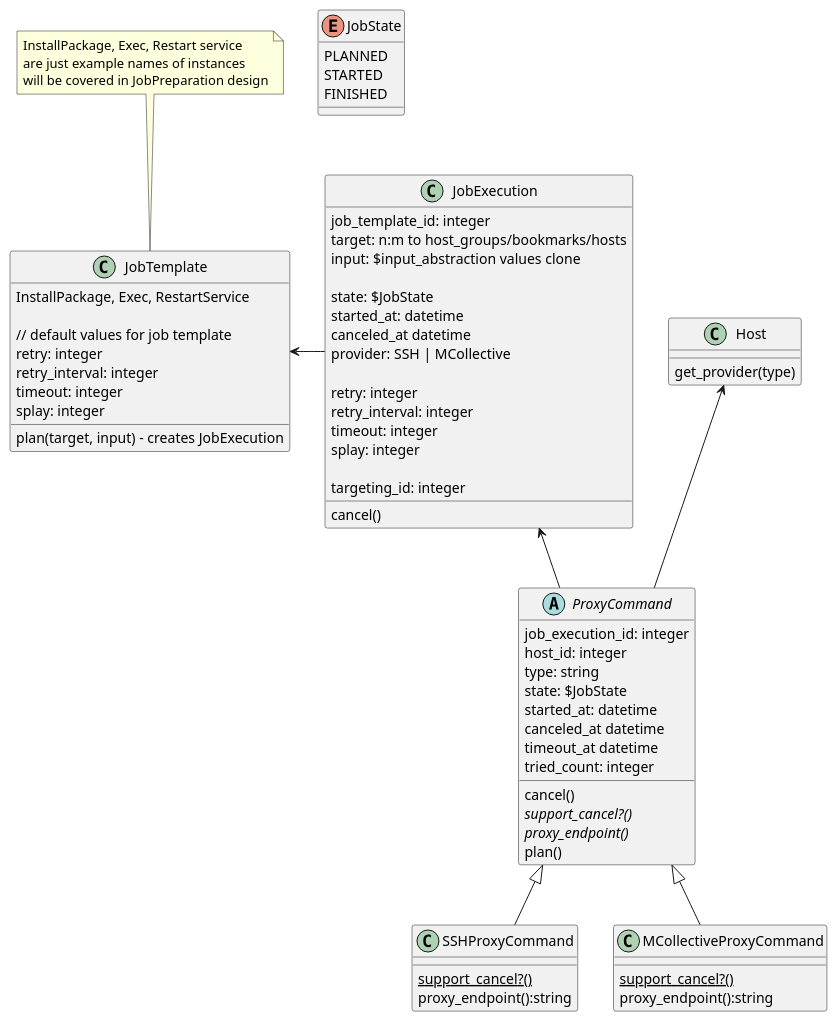
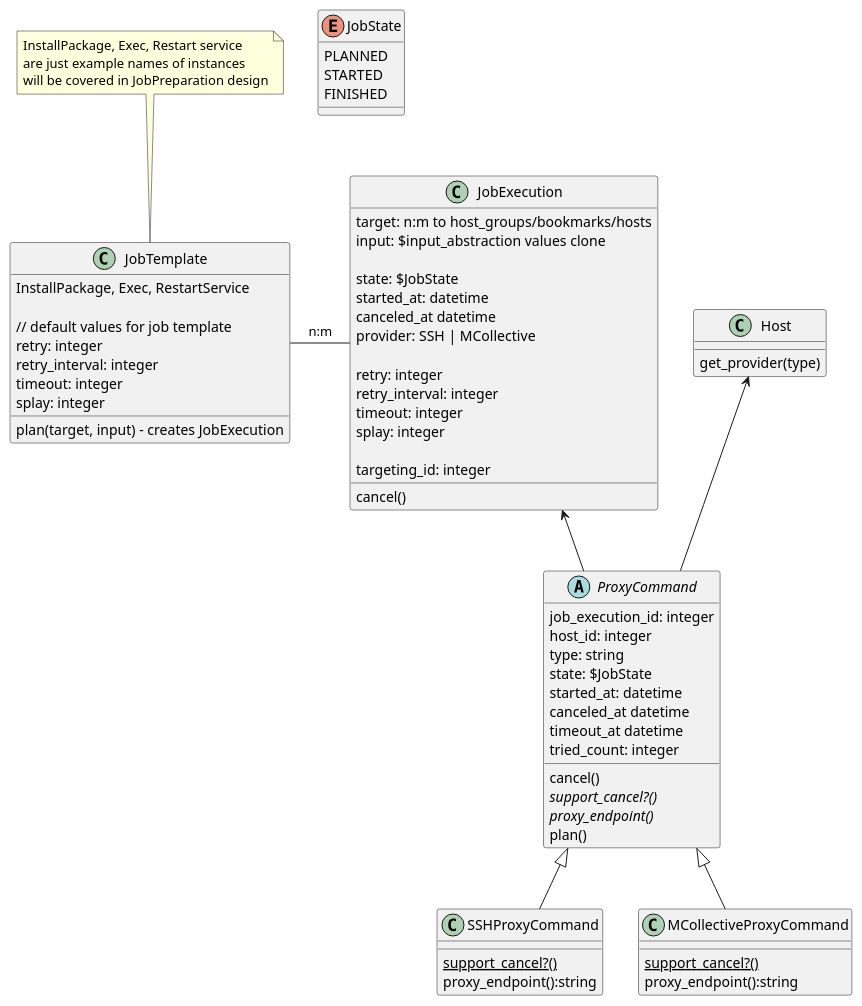
Before and after one commit to theforeman/foreman_remote_execution: the seventh of 7 diagrams in doc/source/design/index.md, drawn with PlantUML. The commit also changed other lines of this file, not shown here.

Commit message:
Change the association for JobTemplate and Jobexecution

```diff
--- a/doc/source/design/index.md
+++ b/doc/source/design/index.md
@@ -465,78 +464,77 @@
 {% plantuml %}
 
 class JobTemplate {
   InstallPackage, Exec, RestartService
 
   // default values for job template
   retry: integer
   retry_interval: integer
   timeout: integer
   splay: integer
 
   plan(target, input) - creates JobExecution
 }
 note top of JobTemplate: InstallPackage, Exec, Restart service\nare just example names of instances\nwill be covered in JobPreparation design
 
 class Host {
   get_provider(type)
 }
 
 class JobExecution {
-  job_template_id: integer
   target: n:m to host_groups/bookmarks/hosts
   input: $input_abstraction values clone
 
   state: $JobState
   started_at: datetime
   canceled_at datetime
   provider: SSH | MCollective
 
   retry: integer
   retry_interval: integer
   timeout: integer
   splay: integer
 
   targeting_id: integer
 
   cancel()
 }
 
 abstract class ProxyCommand {
   job_execution_id: integer
   host_id: integer
   type: string
   state: $JobState
   started_at: datetime
   canceled_at datetime
   timeout_at datetime
   tried_count: integer
   cancel()
   {abstract} support_cancel?()
   {abstract} proxy_endpoint()
   plan()
 }
 
 class SSHProxyCommand {
   {static} support_cancel?()
   proxy_endpoint():string
 }
 
 class MCollectiveProxyCommand {
   {static} support_cancel?()
   proxy_endpoint():string
 }
 
 enum JobState {
 PLANNED
 STARTED
 FINISHED
 }
 
-JobTemplate <- JobExecution
+JobTemplate - JobExecution : n:m
 JobExecution <-- ProxyCommand
 Host <-- ProxyCommand
 
 ProxyCommand <|-- SSHProxyCommand
 ProxyCommand <|-- MCollectiveProxyCommand
 
 {% endplantuml %}
```
